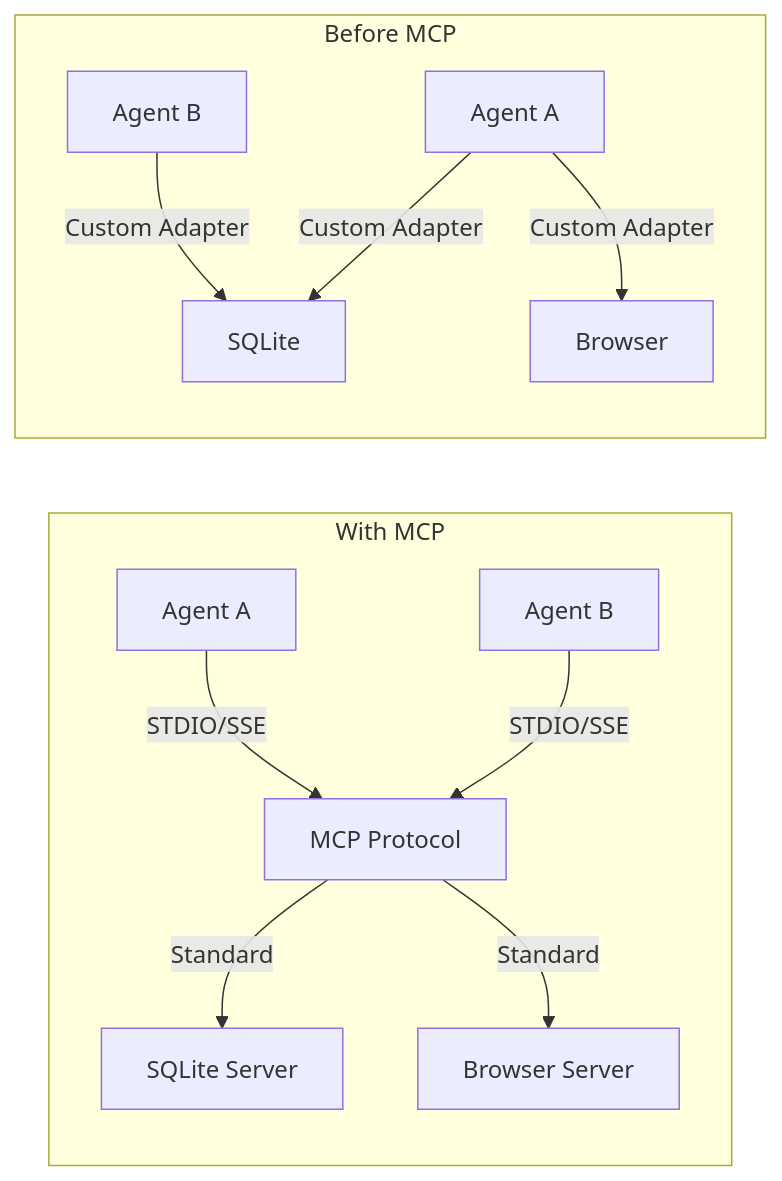
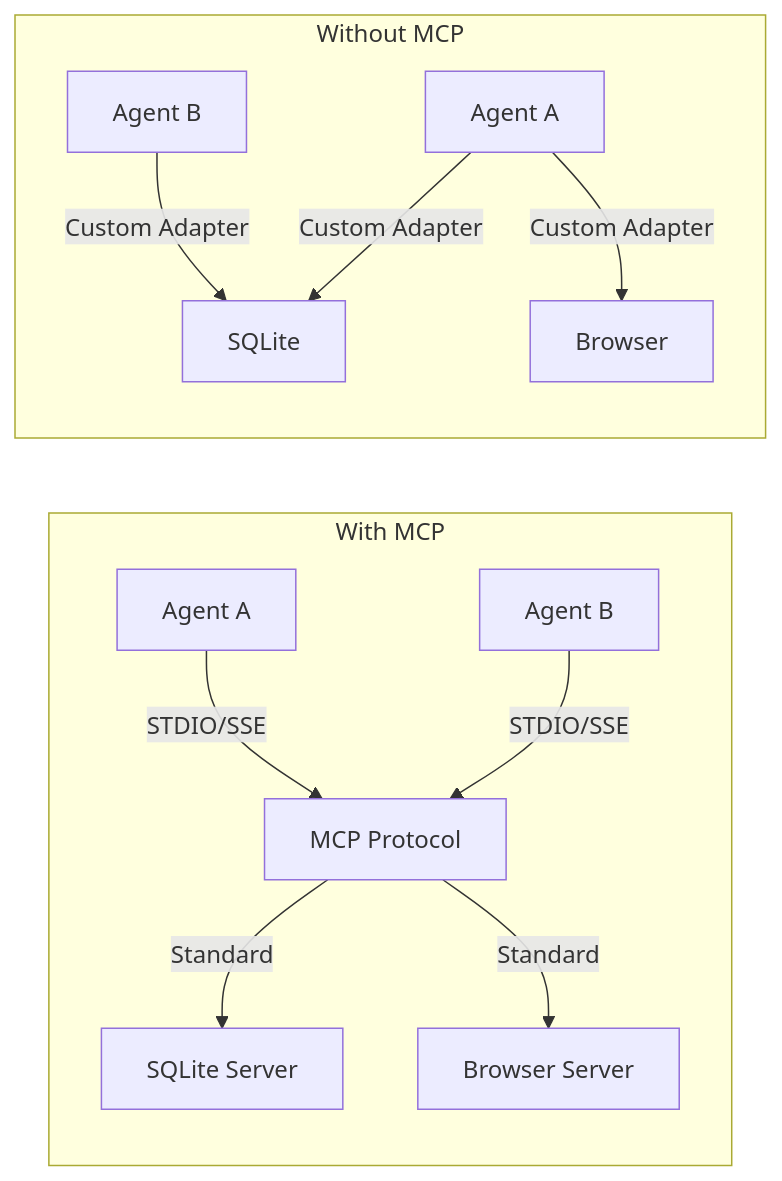
Before and after one commit to valkryhx/google_adk_agent: the fifth of 22 diagrams in tutorial/workshop.md, drawn with Mermaid. The commit also changed other lines of this file, not shown here.

````diff
--- a/tutorial/workshop.md
+++ b/tutorial/workshop.md
@@ -271,15 +272,15 @@
 ```mermaid
 graph LR
     subgraph "With MCP"
         E[Agent A] -- STDIO/SSE --> F[MCP Protocol]
         G[Agent B] -- STDIO/SSE --> F
         F -- Standard --> H[SQLite Server]
         F -- Standard --> I[Browser Server]
     end
-    subgraph "Before MCP"
+    subgraph "Without MCP"
         A[Agent A] -- Custom Adapter --> B[SQLite]
         C[Agent B] -- Custom Adapter --> B
         A -- Custom Adapter --> D[Browser]
     end
     
 ```
````
